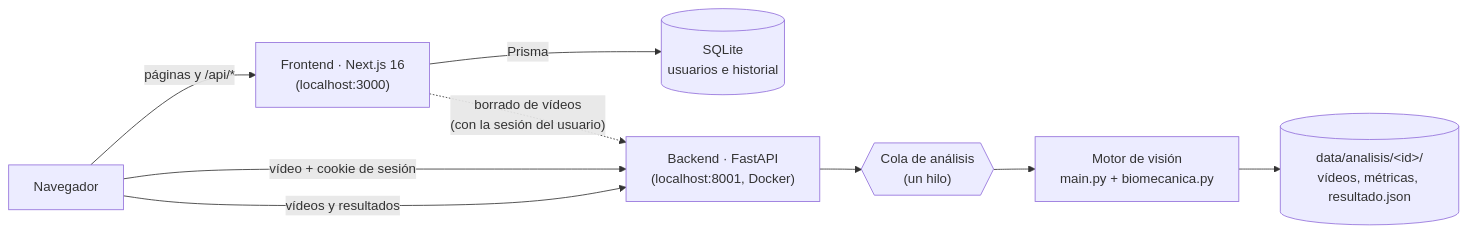
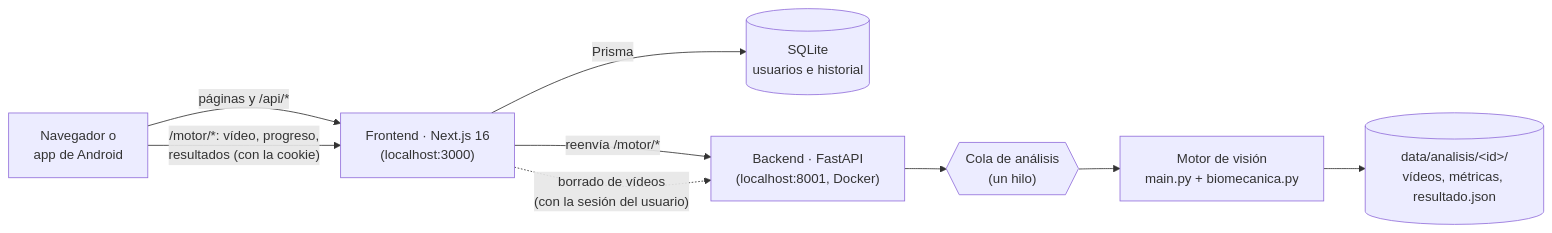
The diagram in README.md (caarlosverde/tenisai), drawn with Mermaid before and after one commit. The commit also changed other lines of this file and 7 other files, not shown here.

First line of the commit message:
Producción con Docker y HTTPS (Caddy)

````diff
--- a/README.md
+++ b/README.md
@@ -65,11 +65,11 @@
 ```mermaid
 flowchart LR
-    N[Navegador] -- páginas y /api/* --> F["Frontend · Next.js 16<br/>(localhost:3000)"]
+    N["Navegador o<br/>app de Android"] -- "páginas y /api/*" --> F["Frontend · Next.js 16<br/>(localhost:3000)"]
     F -- Prisma --> DB[("SQLite<br/>usuarios e historial")]
-    N -- "vídeo + cookie de sesión" --> B["Backend · FastAPI<br/>(localhost:8001, Docker)"]
+    N -- "/motor/*: vídeo, progreso,<br/>resultados (con la cookie)" --> F
+    F -- "reenvía /motor/*" --> B["Backend · FastAPI<br/>(localhost:8001, Docker)"]
     B --> C{{"Cola de análisis<br/>(un hilo)"}}
     C --> M["Motor de visión<br/>main.py + biomecanica.py"]
     M --> D[("data/analisis/&lt;id&gt;/<br/>vídeos, métricas, resultado.json")]
-    N -- "vídeos y resultados" --> B
     F -. "borrado de vídeos<br/>(con la sesión del usuario)" .-> B
 ```
````
